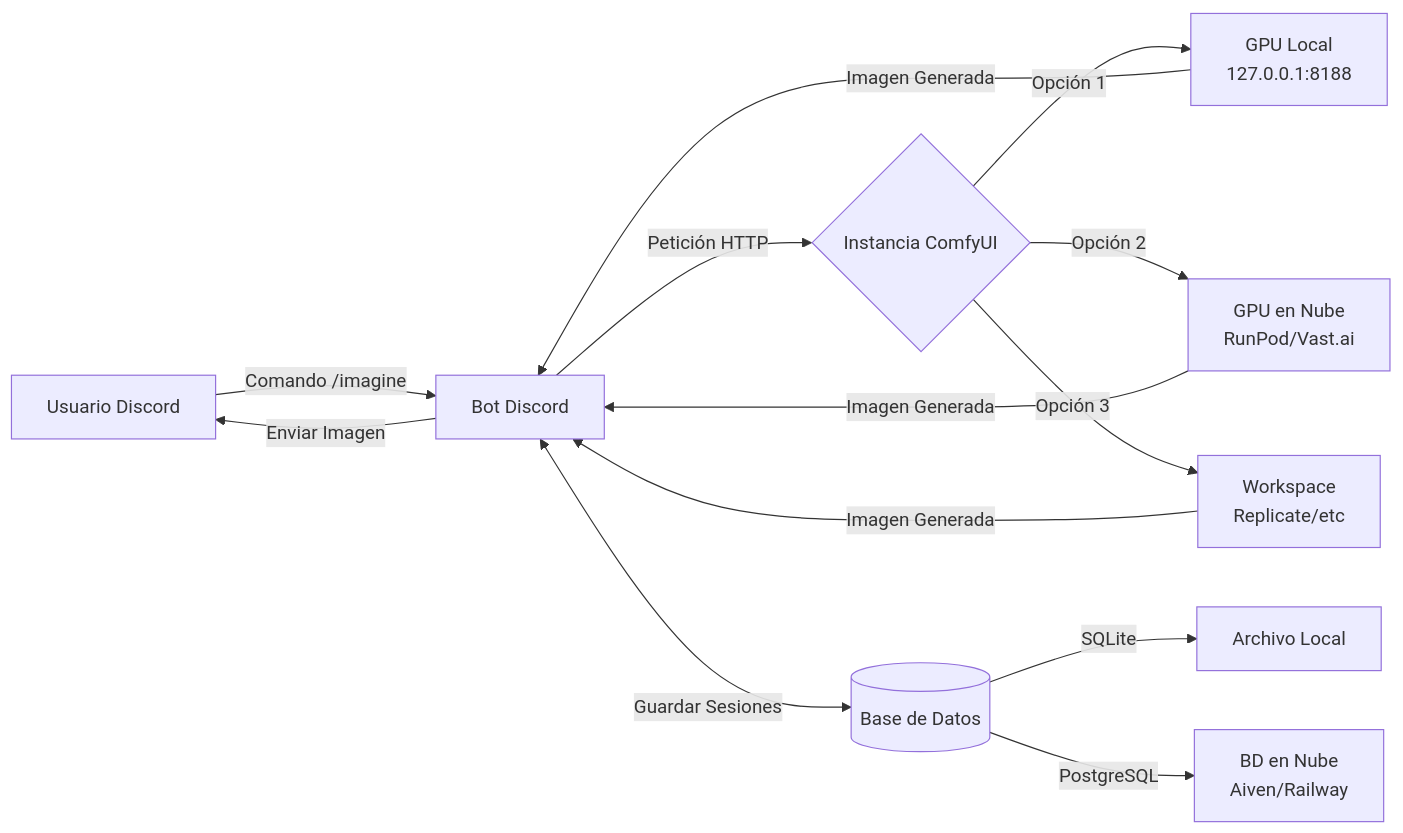
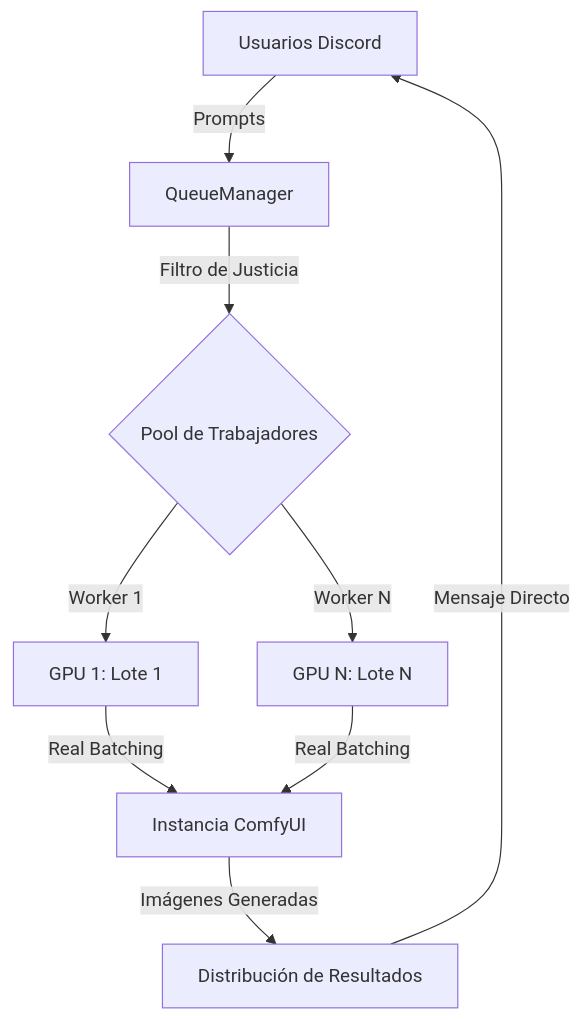
Before and after one commit to fulletLab/FuLLet-AI-Bot: the diagram in README.es.md, drawn with Mermaid. The commit also changed other lines of this file and 3 other files, not shown here.

````diff
--- a/README.es.md
+++ b/README.es.md
@@ -20,15 +24,11 @@
 ```mermaid
-graph LR
-    A[Usuario Discord] -->|Comando /imagine| B[Bot Discord]
-    B -->|Petición HTTP| C{Instancia ComfyUI}
-    C -->|Opción 1| D[GPU Local<br/>127.0.0.1:8188]
-    C -->|Opción 2| E[GPU en Nube<br/>RunPod/Vast.ai]
-    C -->|Opción 3| F[Workspace<br/>Replicate/etc]
-    D -->|Imagen Generada| B
-    E -->|Imagen Generada| B
-    F -->|Imagen Generada| B
-    B -->|Enviar Imagen| A
-    B <-->|Guardar Sesiones| G[(Base de Datos)]
-    G -->|SQLite| H[Archivo Local]
-    G -->|PostgreSQL| I[BD en Nube<br/>Aiven/Railway]
+graph TD
+    A[Usuarios Discord] -->|Prompts| B[QueueManager]
+    B -->|Filtro de Justicia| C{Pool de Trabajadores}
+    C -->|Worker 1| D[GPU 1: Lote 1]
+    C -->|Worker N| E[GPU N: Lote N]
+    D -->|Real Batching| F[Instancia ComfyUI]
+    E -->|Real Batching| F
+    F -->|Imágenes Generadas| G[Distribución de Resultados]
+    G -->|Mensaje Directo| A
 ```
````
